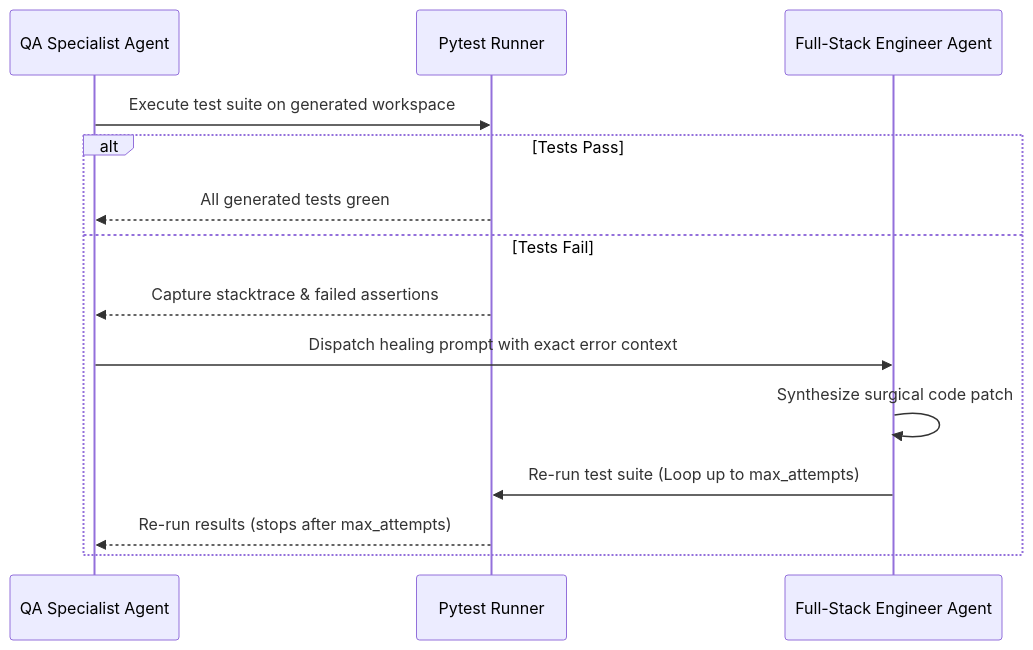
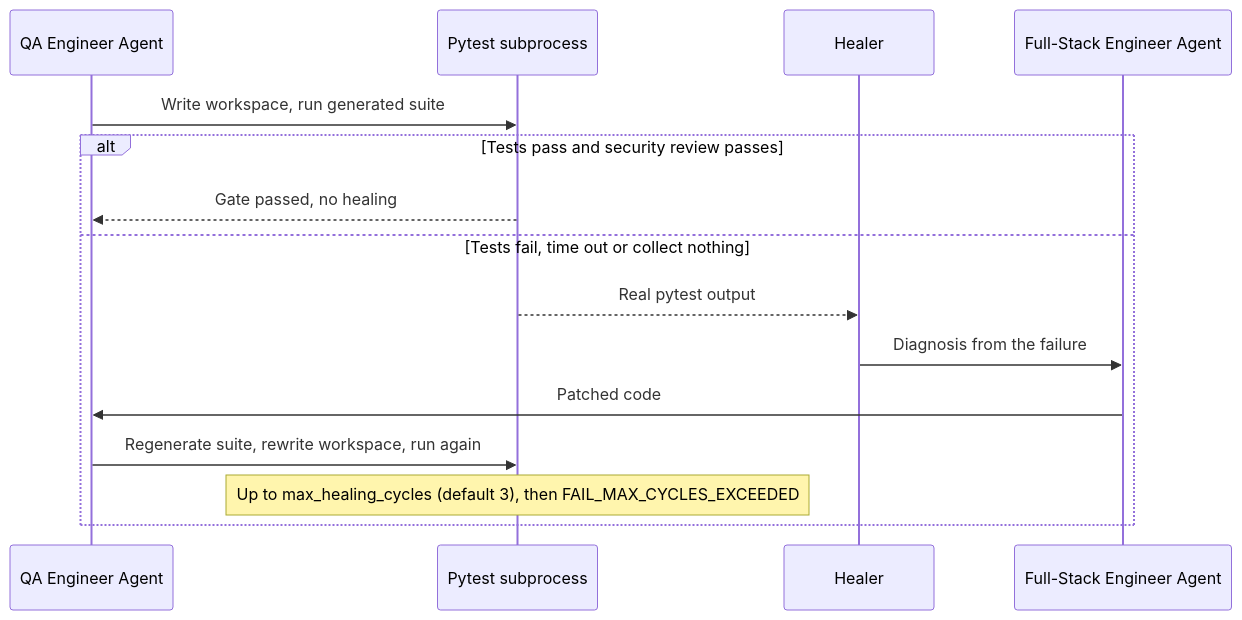
The second of 2 diagrams in README.md (sabburi1994/nexus), drawn with Mermaid before and after one commit. The commit also changed other lines of this file and 24 other files, not shown here.

````diff
--- a/README.md
+++ b/README.md
@@ -153,16 +168,17 @@
 ```mermaid
 sequenceDiagram
-    participant QA as QA Specialist Agent
-    participant Runner as Pytest Runner
+    participant QA as QA Engineer Agent
+    participant Runner as Pytest subprocess
+    participant Healer as Healer
     participant FS as Full-Stack Engineer Agent
-    QA->>Runner: Execute test suite on generated workspace
-    alt Tests Pass
-        Runner-->>QA: All generated tests green
-    else Tests Fail
-        Runner-->>QA: Capture stacktrace & failed assertions
-        QA->>FS: Dispatch healing prompt with exact error context
-        FS->>FS: Synthesize surgical code patch
-        FS->>Runner: Re-run test suite (Loop up to max_attempts)
-        Runner-->>QA: Re-run results (stops after max_attempts)
+    QA->>Runner: Write workspace, run generated suite
+    alt Tests pass and security review passes
+        Runner-->>QA: Gate passed, no healing
+    else Tests fail, time out or collect nothing
+        Runner-->>Healer: Real pytest output
+        Healer->>FS: Diagnosis from the failure
+        FS->>QA: Patched code
+        QA->>Runner: Regenerate suite, rewrite workspace, run again
+        Note over Runner: Up to max_healing_cycles (default 3), then FAIL_MAX_CYCLES_EXCEEDED
     end
 ```
````
